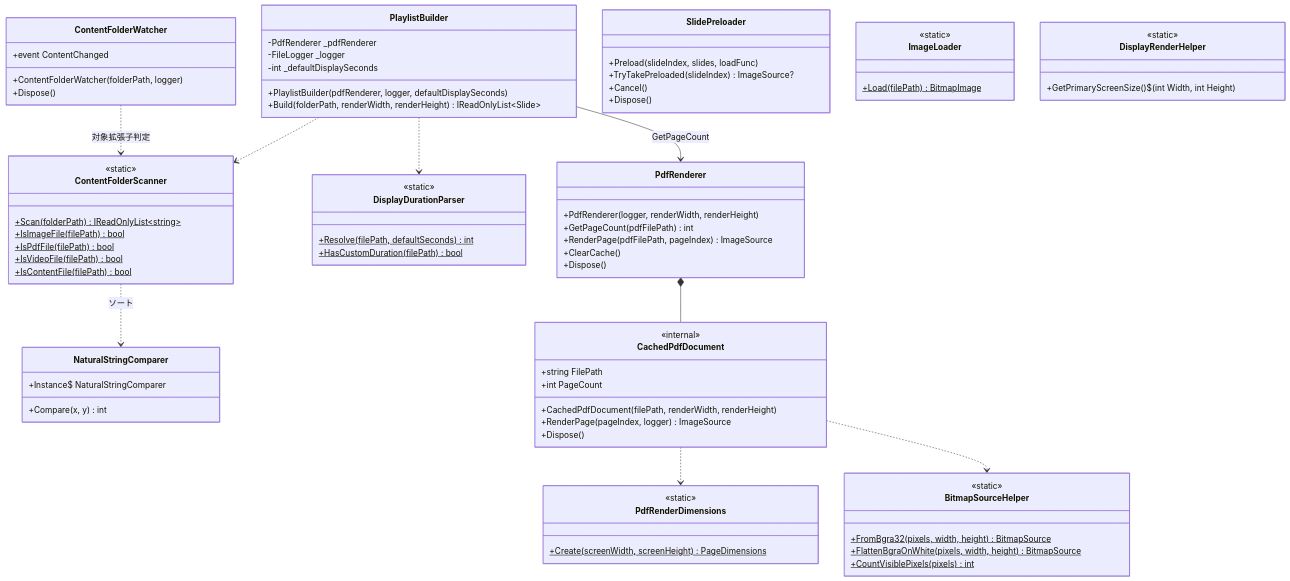
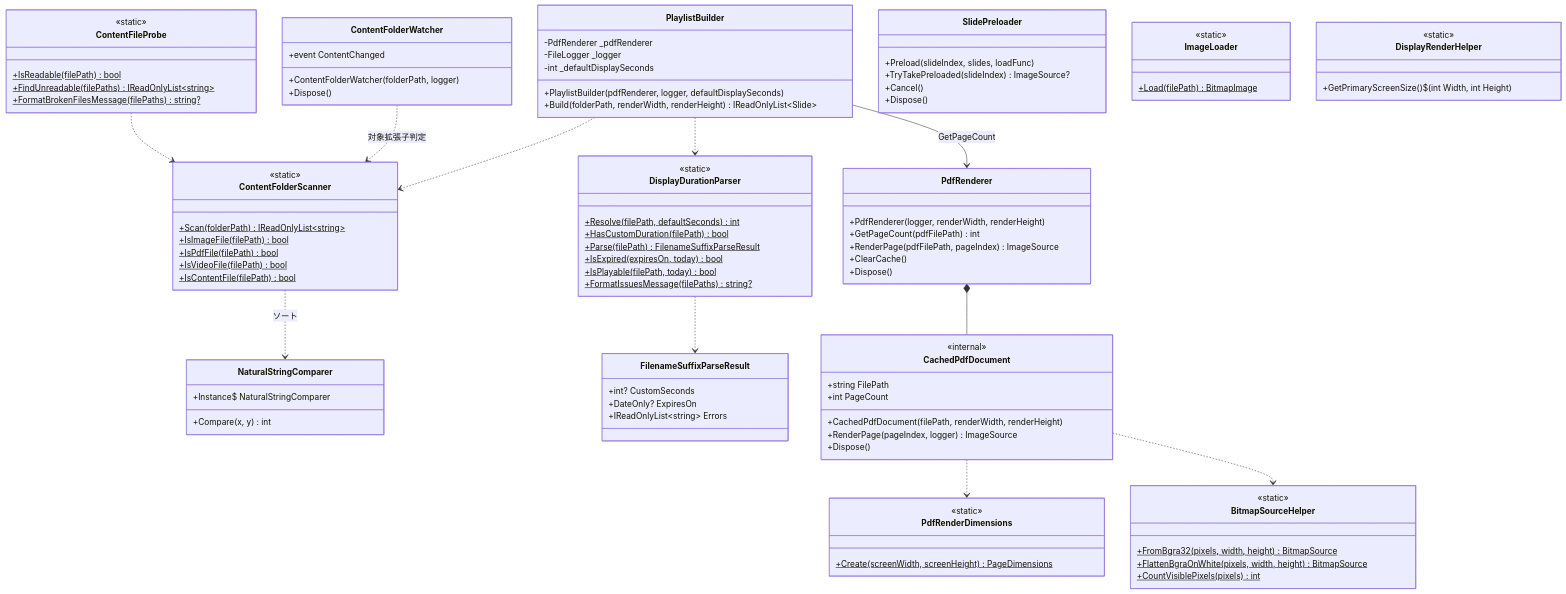
One commit to kamanori3/SimpleDigitalSignage changed the eighth of 9 diagrams in docs/クラス設計図.md. Above: the diagram before and after it, drawn with Mermaid. The commit also changed other lines of this file and 35 other files, not shown here.

```diff
--- a/docs/クラス設計図.md
+++ b/docs/クラス設計図.md
@@ -432,6 +450,23 @@
     <<static>>
     +Resolve(filePath, defaultSeconds)$ int
     +HasCustomDuration(filePath)$ bool
+    +Parse(filePath)$ FilenameSuffixParseResult
+    +IsExpired(expiresOn, today)$ bool
+    +IsPlayable(filePath, today)$ bool
+    +FormatIssuesMessage(filePaths)$ string?
+  }
+
+  class ContentFileProbe {
+    <<static>>
+    +IsReadable(filePath)$ bool
+    +FindUnreadable(filePaths)$ IReadOnlyList~string~
+    +FormatBrokenFilesMessage(filePaths)$ string?
+  }
+
+  class FilenameSuffixParseResult {
+    +int? CustomSeconds
+    +DateOnly? ExpiresOn
+    +IReadOnlyList~string~ Errors
   }
 
   class PlaylistBuilder {
@@ -497,6 +532,8 @@
   ContentFolderScanner ..> NaturalStringComparer : ソート
   PlaylistBuilder ..> ContentFolderScanner
   PlaylistBuilder ..> DisplayDurationParser
+  DisplayDurationParser ..> FilenameSuffixParseResult
+  ContentFileProbe ..> ContentFolderScanner
   PlaylistBuilder --> PdfRenderer : GetPageCount
   ContentFolderWatcher ..> ContentFolderScanner : 対象拡張子判定
   PdfRenderer *-- CachedPdfDocument
```
